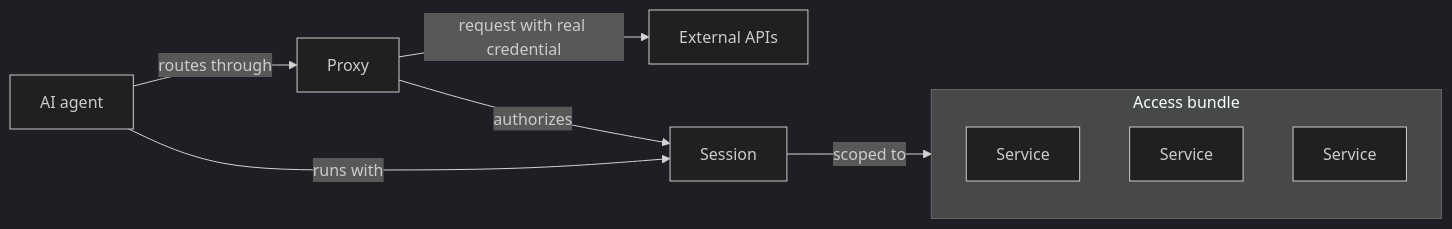
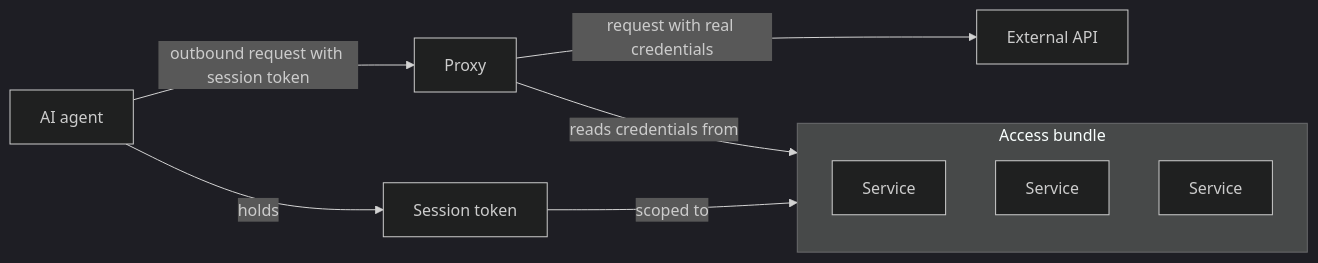
The sixth of 6 diagrams in docs/documentation/platform/agent-vault/how-it-works.mdx (Infisical/infisical), drawn with Mermaid (dark theme) before and after one commit. The commit also changed other lines of this file, not shown here.

Commit message:
update mermaid diagrams

````diff
--- a/docs/documentation/platform/agent-vault/how-it-works.mdx
+++ b/docs/documentation/platform/agent-vault/how-it-works.mdx
@@ -93,13 +92,13 @@
     ```mermaid
     flowchart LR
-      agent["AI agent"] -->|"routes through"| proxy["Proxy"]
-      proxy -->|"request with real credential"| apis["External APIs"]
-      proxy -->|"authorizes"| session["Session"]
-      agent -->|"runs with"| session
-      session -->|"scoped to"| bundle
+      agent["AI agent"] -->|"outbound request with session token"| proxy["Proxy"]
+      agent -->|"holds"| token["Session token"]
+      proxy -->|"request with real credentials"| apis["External API"]
+      proxy -->|"reads credentials from"| bundle
+      token -->|"scoped to"| bundle
       subgraph bundle["Access bundle"]
         s1["Service"]
         s2["Service"]
         s3["Service"]
       end
     ```
````
